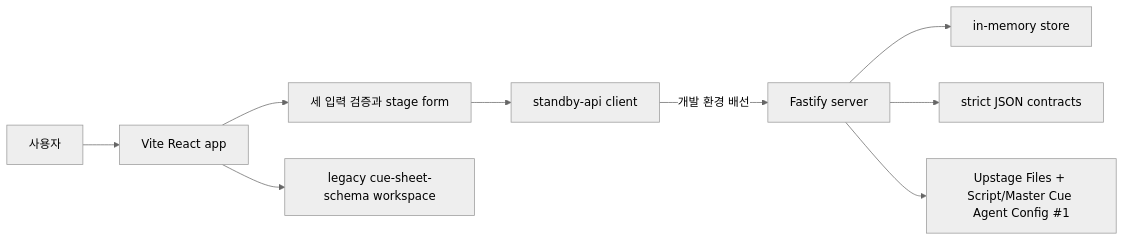
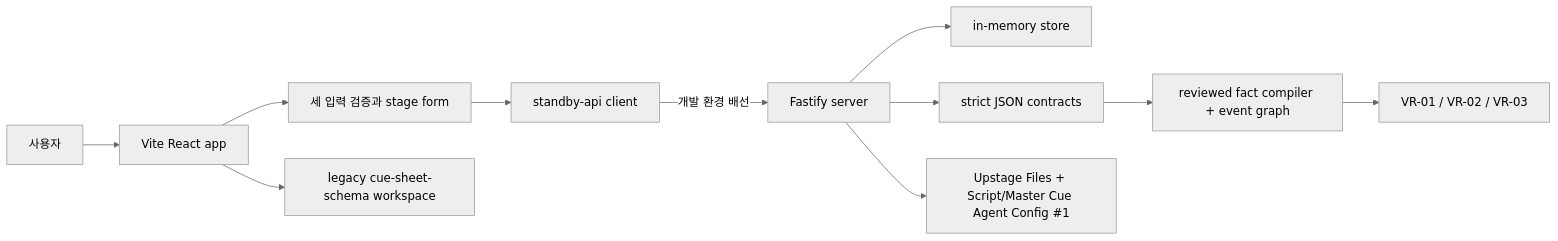
Before and after one commit to Rudy-009/45_Junction_Project: the diagram in project/FEATURE_SPEC_CURRENT.md, drawn with Mermaid (neutral theme). The commit also changed other lines of this file and 17 other files, not shown here.

Commit message:
feat: implement M2 reviewed-fact verifier

````diff
--- a/project/FEATURE_SPEC_CURRENT.md
+++ b/project/FEATURE_SPEC_CURRENT.md
@@ -142,11 +150,13 @@
 ```mermaid
 flowchart LR
   U[사용자] --> A[Vite React app]
   A --> I[세 입력 검증과 stage form]
   A --> W[legacy cue-sheet-schema workspace]
   I --> CL[standby-api client]
   CL -->|개발 환경 배선| S[Fastify server]
   S --> M[in-memory store]
   S --> C[strict JSON contracts]
+  C --> G[reviewed fact compiler + event graph]
+  G --> V[VR-01 / VR-02 / VR-03]
   S --> UP[Upstage Files + Script/Master Cue Agent Config #1]
 ```
````
